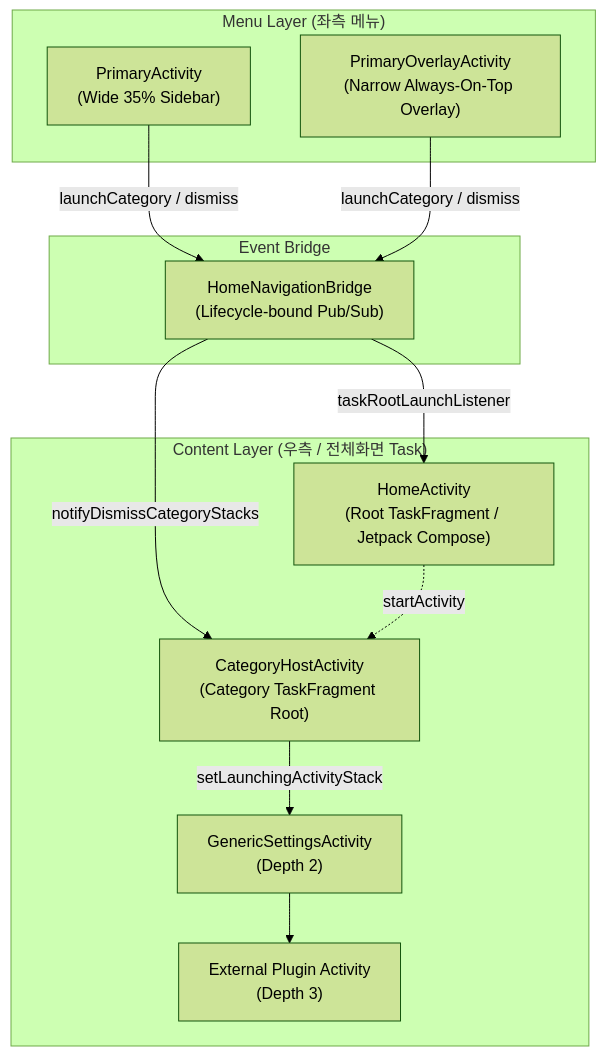
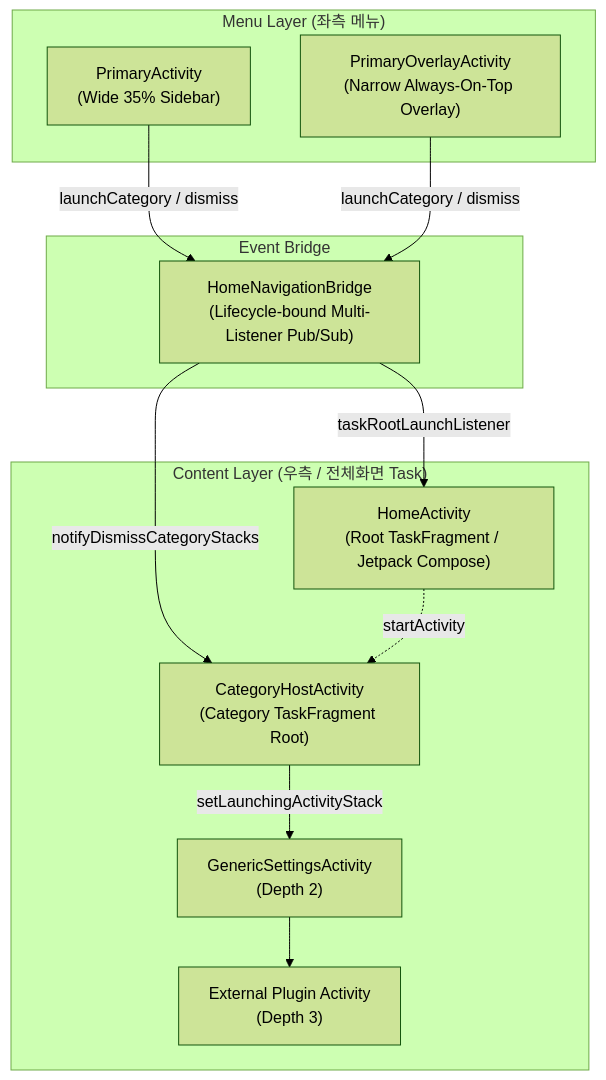
One commit to EaseTheWorld/activity-embedding-test changed the diagram in docs/split_and_overlay_architecture.md. Above: the diagram before and after it, drawn with Mermaid (forest theme). The commit also changed other lines of this file and 3 other files, not shown here.

````diff
--- a/docs/split_and_overlay_architecture.md
+++ b/docs/split_and_overlay_architecture.md
@@ -35,26 +37,26 @@
 ```mermaid
 flowchart TD
     subgraph MenuLayer ["Menu Layer (좌측 메뉴)"]
         PA["PrimaryActivity<br/>(Wide 35% Sidebar)"]
         POA["PrimaryOverlayActivity<br/>(Narrow Always-On-Top Overlay)"]
     end
 
     subgraph BridgeLayer ["Event Bridge"]
-        HNB["HomeNavigationBridge<br/>(Lifecycle-bound Pub/Sub)"]
+        HNB["HomeNavigationBridge<br/>(Lifecycle-bound Multi-Listener Pub/Sub)"]
     end
 
     subgraph ContentLayer ["Content Layer (우측 / 전체화면 Task)"]
         HA["HomeActivity<br/>(Root TaskFragment / Jetpack Compose)"]
         CHA["CategoryHostActivity<br/>(Category TaskFragment Root)"]
         Sub1["GenericSettingsActivity<br/>(Depth 2)"]
         Sub2["External Plugin Activity<br/>(Depth 3)"]
     end
 
     PA -->|launchCategory / dismiss| HNB
     POA -->|launchCategory / dismiss| HNB
     HNB -->|notifyDismissCategoryStacks| CHA
     HNB -->|taskRootLaunchListener| HA
     HA -.->|startActivity| CHA
     CHA -->|setLaunchingActivityStack| Sub1
     Sub1 --> Sub2
 ```
````
